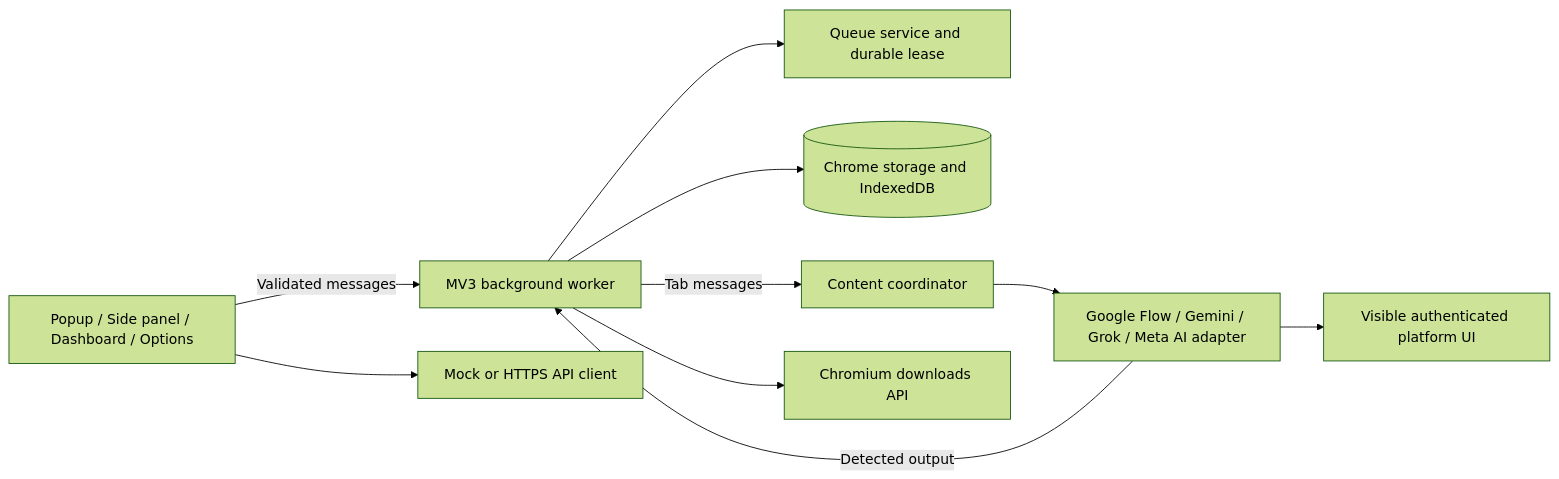
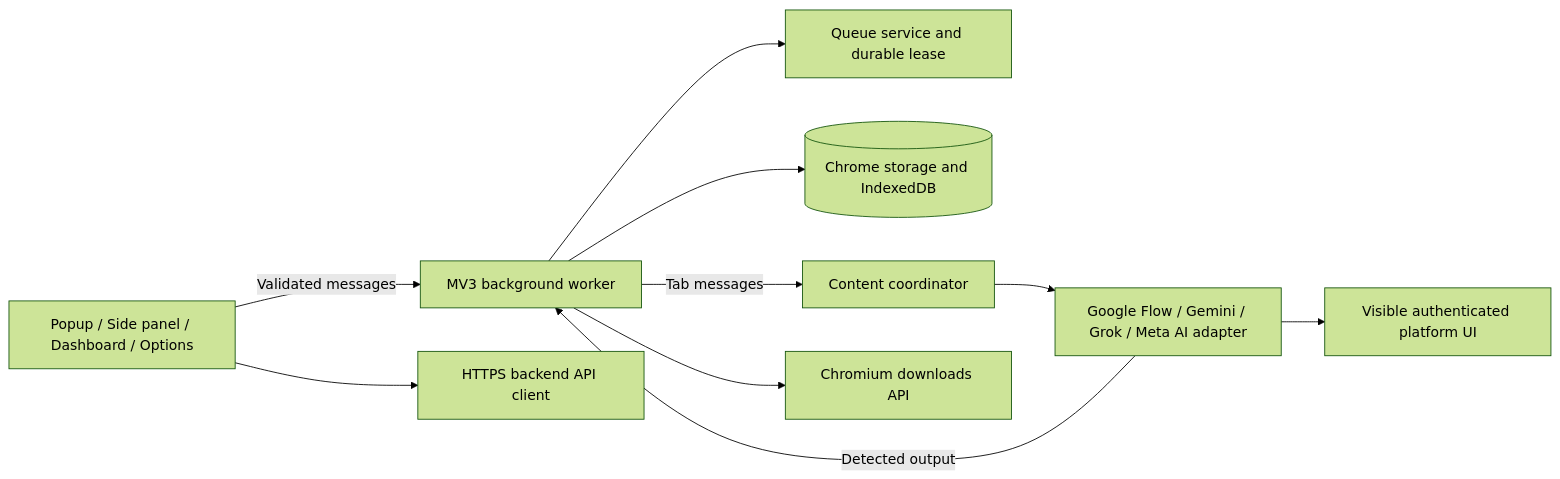
The diagram in README.md (Damoblinkz2/luffy-flow), drawn with Mermaid (forest theme) before and after one commit. The commit also changed other lines of this file and 89 other files, not shown here.

````diff
--- a/README.md
+++ b/README.md
@@ -211,12 +200,12 @@
 ```mermaid
 flowchart LR
   UI[Popup / Side panel / Dashboard / Options] -->|Validated messages| BG[MV3 background worker]
   BG --> QUEUE[Queue service and durable lease]
   BG --> DATA[(Chrome storage and IndexedDB)]
   BG -->|Tab messages| CONTENT[Content coordinator]
   CONTENT --> ADAPTER[Google Flow / Gemini / Grok / Meta AI adapter]
   ADAPTER --> PAGE[Visible authenticated platform UI]
   ADAPTER -->|Detected output| BG
   BG --> DOWNLOADS[Chromium downloads API]
-  UI --> API[Mock or HTTPS API client]
+  UI --> API[HTTPS backend API client]
 ```
````
